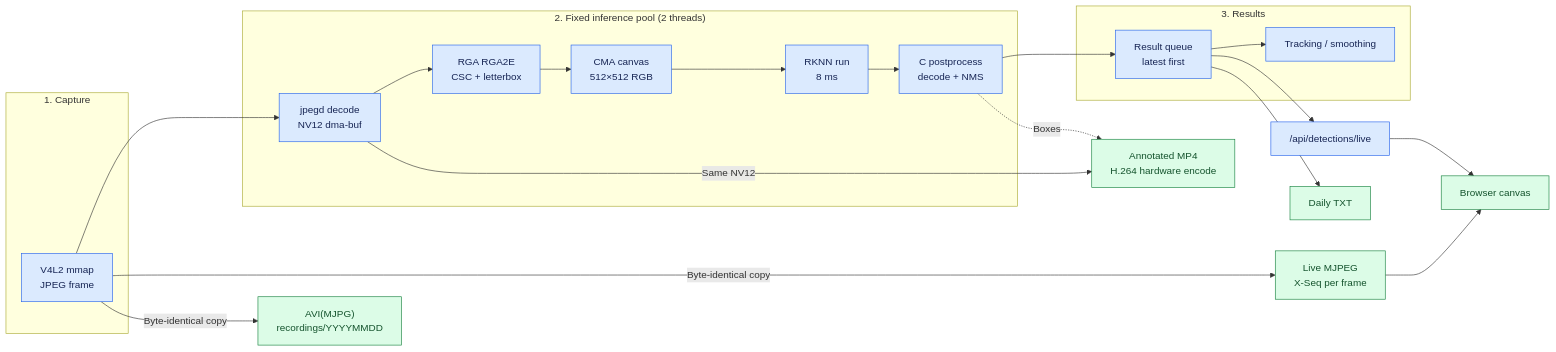
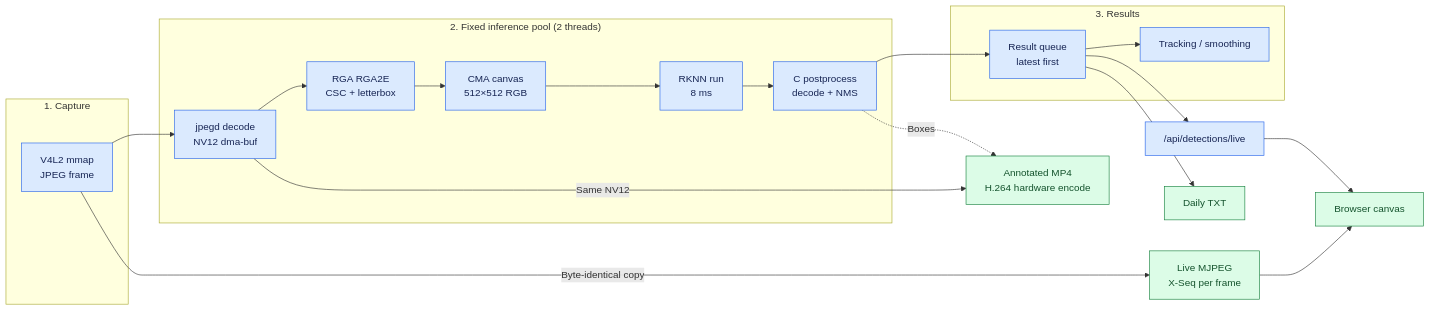
The fifth of 6 diagrams in README.md (qianruo-orange/autonomous-driving-car), drawn with Mermaid before and after one commit. The commit also changed other lines of this file, not shown here.

````diff
--- a/README.md
+++ b/README.md
@@ -443,29 +445,28 @@
 ```mermaid
 flowchart LR
     subgraph Capture["1. Capture"]
         Raw["V4L2 mmap<br/>JPEG frame"]
     end
     subgraph Infer["2. Fixed inference pool (2 threads)"]
         Nv12["jpegd decode<br/>NV12 dma-buf"] --> Rga["RGA RGA2E<br/>CSC + letterbox"]
         Rga --> Canvas["CMA canvas<br/>512×512 RGB"]
         Canvas --> Npu["RKNN run<br/>8 ms"]
         Npu --> Post["C postprocess<br/>decode + NMS"]
     end
     subgraph Render["3. Results"]
         Latest["Result queue<br/>latest first"] --> Track["Tracking / smoothing"]
     end
     Raw --> Nv12
     Post --> Latest
     Raw -->|Byte-identical copy| Live["Live MJPEG<br/>X-Seq per frame"]
-    Raw -->|Byte-identical copy| AVI["AVI(MJPG)<br/>recordings/YYYYMMDD"]
     Nv12 -->|Same NV12| Annot["Annotated MP4<br/>H.264 hardware encode"]
     Post -.->|Boxes| Annot
     Latest --> Api["/api/detections/live"]
     Api --> Browser["Browser canvas"]
     Live --> Browser
     Latest --> Reports["Daily TXT"]
     classDef process fill:#dbeafe,stroke:#2563eb,color:#172554
     classDef output fill:#dcfce7,stroke:#15803d,color:#14532d
     class Raw,Nv12,Rga,Canvas,Npu,Post,Latest,Track,Api process
-    class Live,AVI,Annot,Browser,Reports output
+    class Live,Annot,Browser,Reports output
 ```
````
